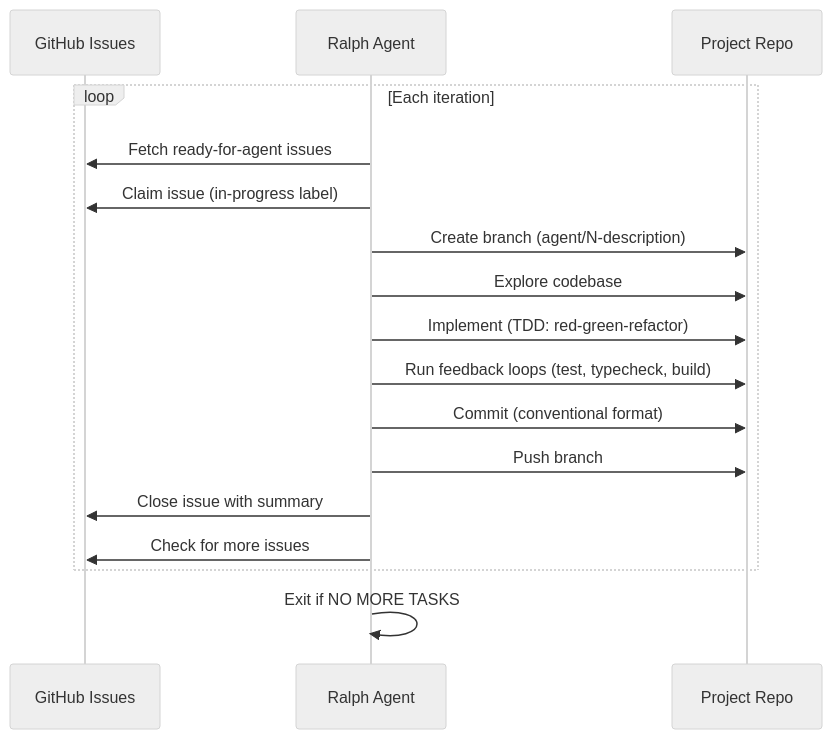
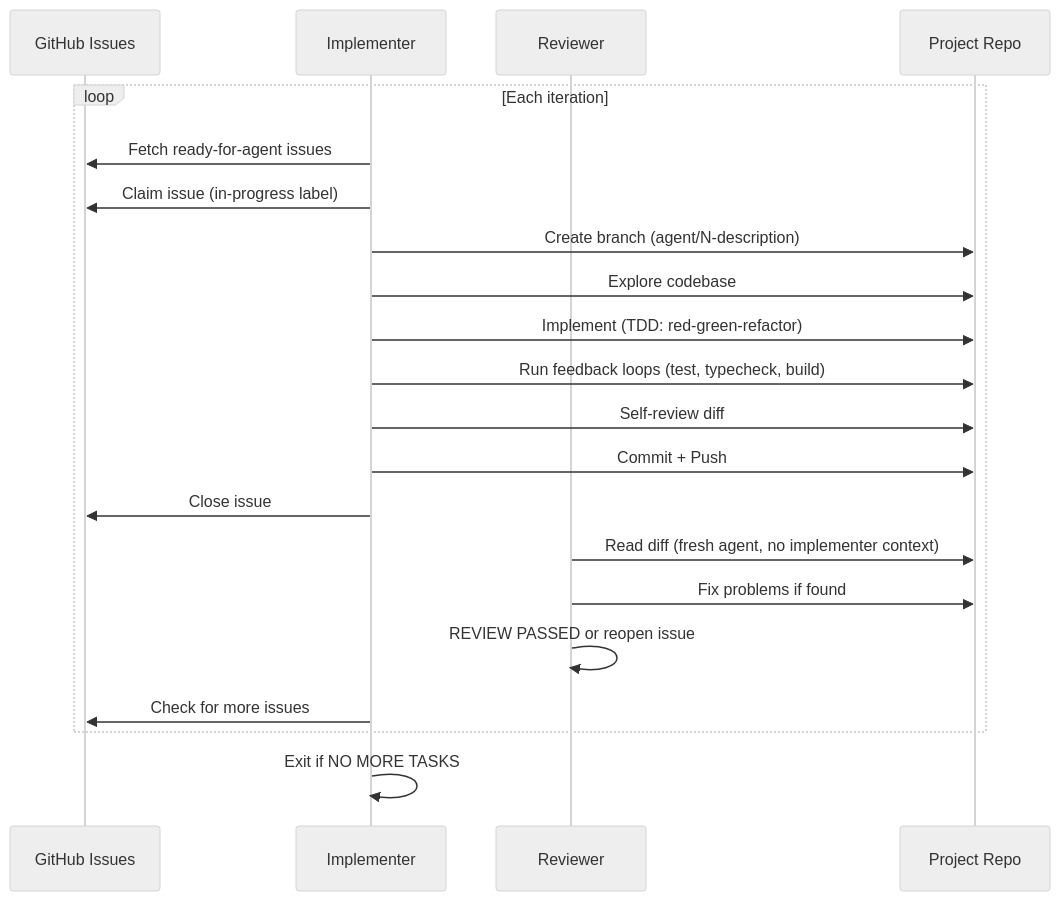
The diagram in docs/ralph/index.md (Badisse/pi-agent-config), drawn with Mermaid (neutral theme) before and after one commit. The commit also changed other lines of this file and 11 other files, not shown here.

First line of the commit message:
feat(ralph): add review phase, merge agent, recover command

````diff
--- a/docs/ralph/index.md
+++ b/docs/ralph/index.md
@@ -7,20 +7,24 @@
 ```mermaid
 sequenceDiagram
     participant G as GitHub Issues
-    participant R as Ralph Agent
+    participant I as Implementer
+    participant R as Reviewer
     participant P as Project Repo
 
     loop Each iteration
-        R->>G: Fetch ready-for-agent issues
-        R->>G: Claim issue (in-progress label)
-        R->>P: Create branch (agent/N-description)
-        R->>P: Explore codebase
-        R->>P: Implement (TDD: red-green-refactor)
-        R->>P: Run feedback loops (test, typecheck, build)
-        R->>P: Commit (conventional format)
-        R->>P: Push branch
-        R->>G: Close issue with summary
-        R->>G: Check for more issues
+        I->>G: Fetch ready-for-agent issues
+        I->>G: Claim issue (in-progress label)
+        I->>P: Create branch (agent/N-description)
+        I->>P: Explore codebase
+        I->>P: Implement (TDD: red-green-refactor)
+        I->>P: Run feedback loops (test, typecheck, build)
+        I->>P: Self-review diff
+        I->>P: Commit + Push
+        I->>G: Close issue
+        R->>P: Read diff (fresh agent, no implementer context)
+        R->>P: Fix problems if found
+        R->>R: REVIEW PASSED or reopen issue
+        I->>G: Check for more issues
     end
-    R->>R: Exit if NO MORE TASKS
+    I->>I: Exit if NO MORE TASKS
 ```
````
